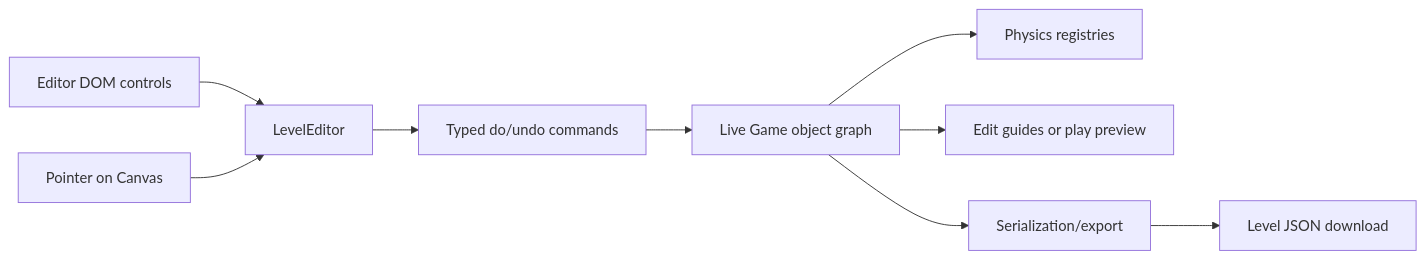
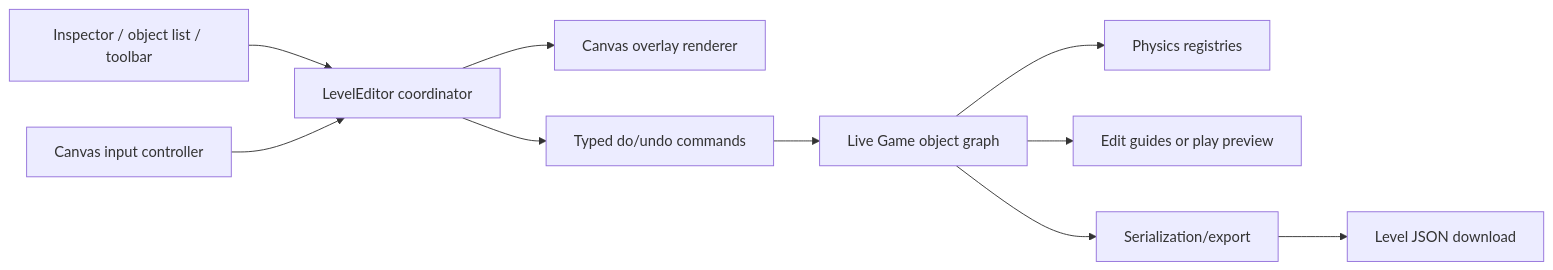
Before and after one commit to Newah1/SpacedPenguin: diagram 13 of 15 in ARCHITECTURE.md, drawn with Mermaid. The commit also changed other lines of this file and 15 other files, not shown here.

````diff
--- a/ARCHITECTURE.md
+++ b/ARCHITECTURE.md
@@ -479,11 +479,12 @@
 ```mermaid
 flowchart LR
-    Toolbar[Editor DOM controls] --> Editor[LevelEditor]
-    Canvas[Pointer on Canvas] --> Editor
+    Views[Inspector / object list / toolbar] --> Editor[LevelEditor coordinator]
+    Canvas[Canvas input controller] --> Editor
+    Editor --> Overlay[Canvas overlay renderer]
     Editor --> Commands[Typed do/undo commands]
     Commands --> Live[Live Game object graph]
     Live --> Physics[Physics registries]
     Live --> Preview[Edit guides or play preview]
     Live --> Serialize[Serialization/export]
     Serialize --> Download[Level JSON download]
 ```
````
